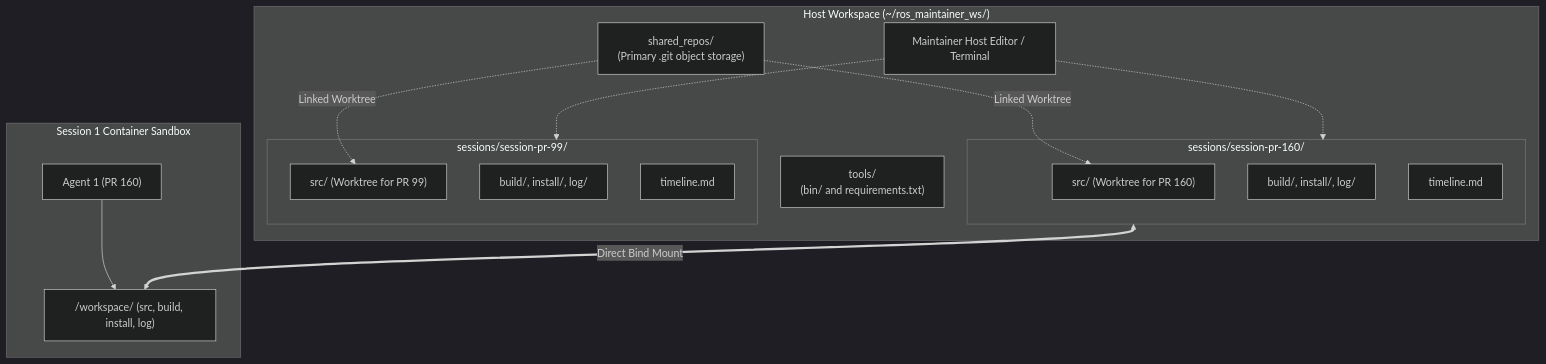
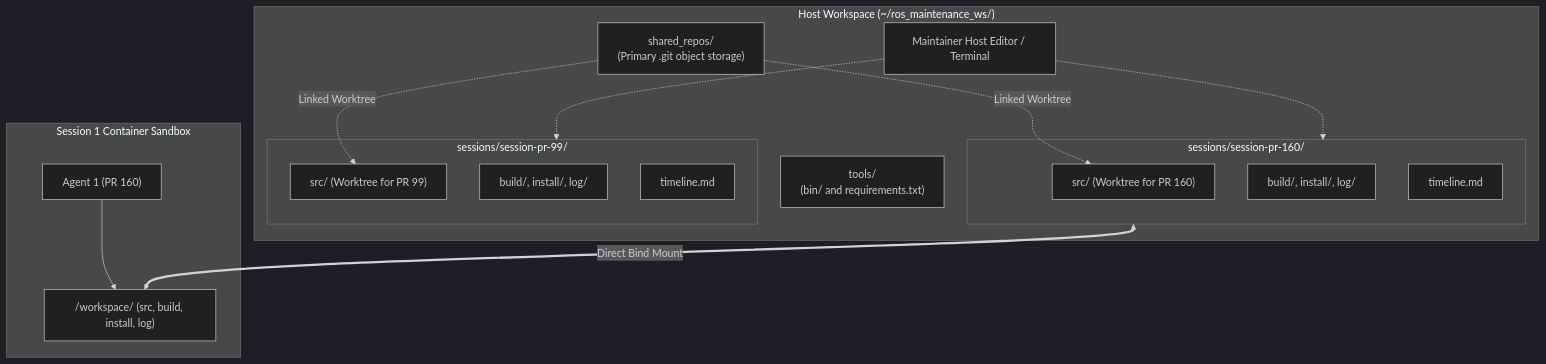
The second of 3 diagrams in docs/design.md (wjwwood/ros_maintainer_agent_harness), drawn with Mermaid (dark theme) before and after one commit. The commit also changed other lines of this file and 17 other files, not shown here.

````diff
--- a/docs/design.md
+++ b/docs/design.md
@@ -145,33 +145,33 @@
 ```mermaid
 flowchart TD
-    subgraph HostFS ["Host Workspace (~/ros_maintainer_ws/)"]
+    subgraph HostFS ["Host Workspace (~/ros_maintenance_ws/)"]
         HostIDE["Maintainer Host Editor / Terminal"]
         SharedClones["shared_repos/<br/>(Primary .git object storage)"]
         SharedTools["tools/<br/>(bin/ and requirements.txt)"]
         
         subgraph Session1 ["sessions/session-pr-160/"]
             WT1["src/ (Worktree for PR 160)"]
             Build1["build/, install/, log/"]
             Time1["timeline.md"]
         end
 
         subgraph Session2 ["sessions/session-pr-99/"]
             WT2["src/ (Worktree for PR 99)"]
             Build2["build/, install/, log/"]
             Time2["timeline.md"]
         end
     end
 
     subgraph Container1 ["Session 1 Container Sandbox"]
         Agent1["Agent 1 (PR 160)"]
         WS1["/workspace/ (src, build, install, log)"]
         Agent1 --> WS1
     end
 
     SharedClones -.->|Linked Worktree| WT1
     SharedClones -.->|Linked Worktree| WT2
     
     Session1 <==>|Direct Bind Mount| WS1
     HostIDE -.-> Session1
     HostIDE -.-> Session2
 ```
````
